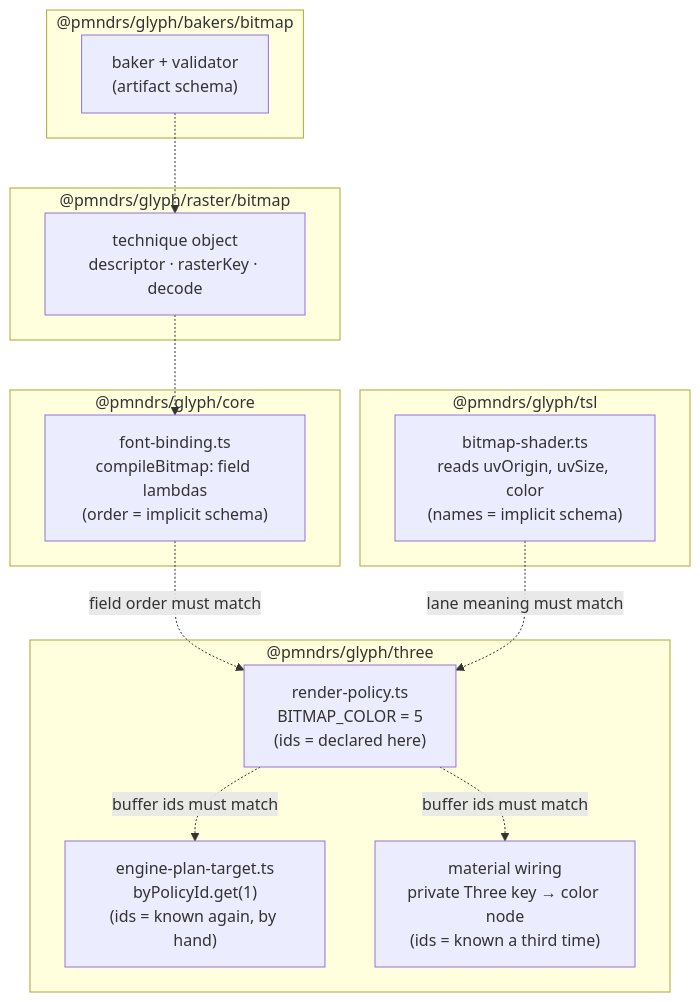
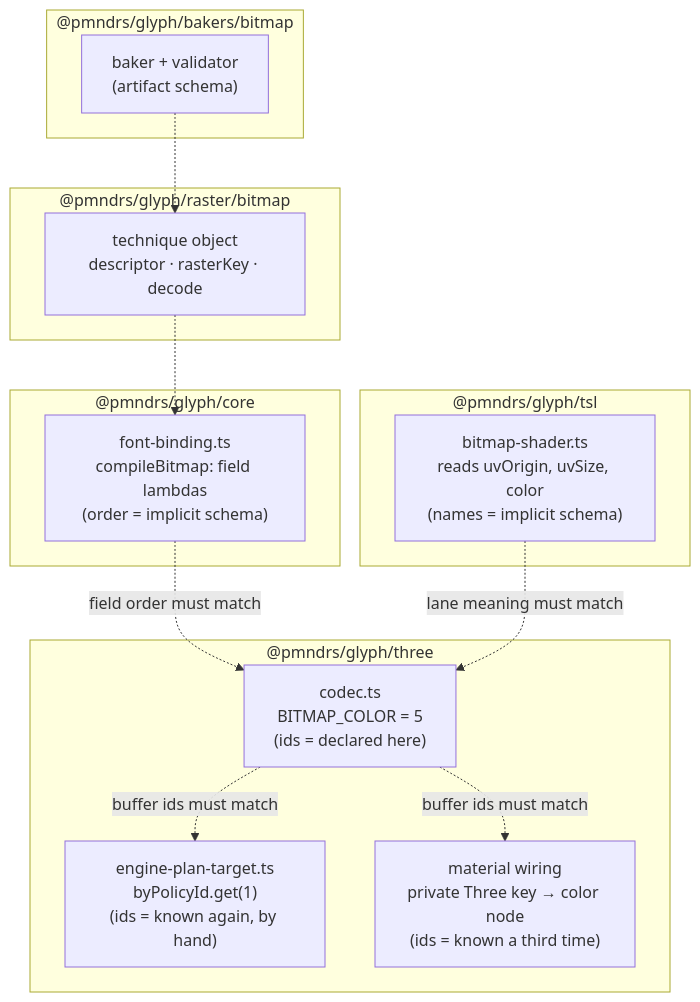
One commit to pmndrs/glyph changed the diagram in docs/planning/raster-technique-contract.md. Above: the diagram before and after it, drawn with Mermaid. The commit also changed other lines of this file and 24 other files, not shown here.

````diff
--- a/docs/planning/raster-technique-contract.md
+++ b/docs/planning/raster-technique-contract.md
@@ -50,26 +50,26 @@
 ```mermaid
 flowchart TB
   subgraph raster ["@pmndrs/glyph/raster/bitmap"]
     contract["technique object\ndescriptor · rasterKey · decode"]
   end
   subgraph core ["@pmndrs/glyph/core"]
     binding["font-binding.ts\ncompileBitmap: field lambdas\n(order = implicit schema)"]
   end
   subgraph tsl ["@pmndrs/glyph/tsl"]
     shader["bitmap-shader.ts\nreads uvOrigin, uvSize, color\n(names = implicit schema)"]
   end
   subgraph three ["@pmndrs/glyph/three"]
-    policy["render-policy.ts\nBITMAP_COLOR = 5\n(ids = declared here)"]
+    policy["codec.ts\nBITMAP_COLOR = 5\n(ids = declared here)"]
     exec["engine-plan-target.ts\nbyPolicyId.get(1)\n(ids = known again, by hand)"]
     material["material wiring\nprivate Three key → color node\n(ids = known a third time)"]
   end
   subgraph bakers ["@pmndrs/glyph/bakers/bitmap"]
     baker["baker + validator\n(artifact schema)"]
   end
   contract -.-> binding
   binding -. "field order must match" .-> policy
   policy -. "buffer ids must match" .-> exec
   policy -. "buffer ids must match" .-> material
   shader -. "lane meaning must match" .-> policy
   baker -.-> contract
 ```
````
